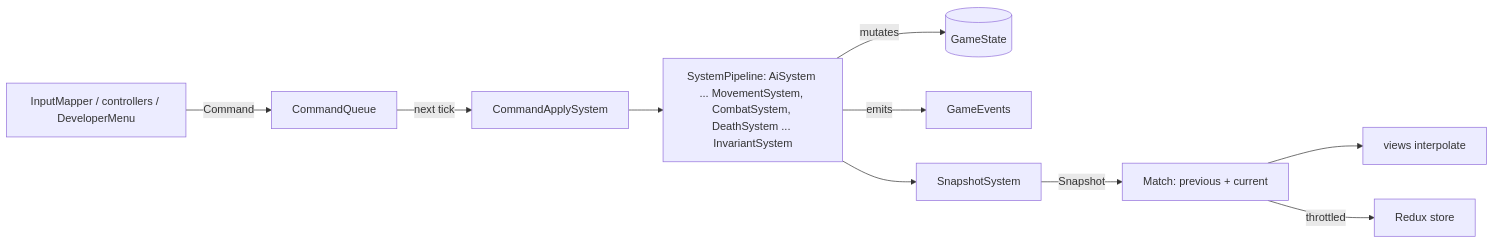
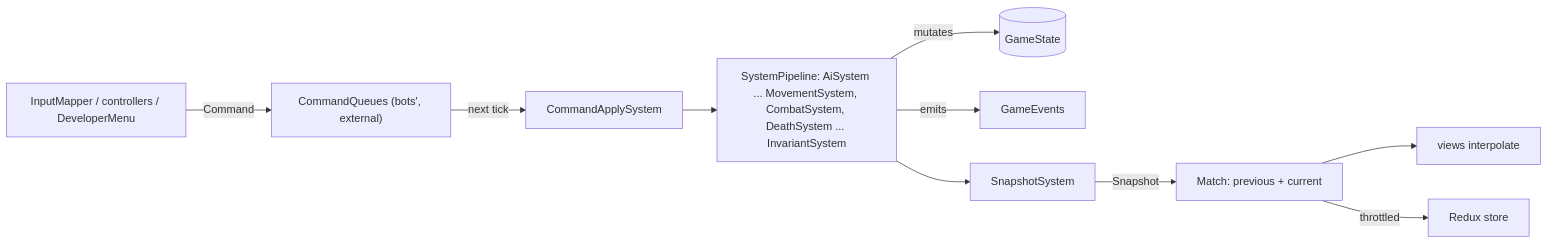
Before and after one commit to SamarjitBhogal/eternalus: the diagram in docs/architecture/03-game-model.md, drawn with Mermaid. The commit also changed 4 other files, not shown here.

````diff
--- a/docs/architecture/03-game-model.md
+++ b/docs/architecture/03-game-model.md
@@ -36,12 +36,12 @@
 ```mermaid
 flowchart LR
-  IN[InputMapper / controllers / DeveloperMenu] -->|Command| Q[CommandQueue]
+  IN[InputMapper / controllers / DeveloperMenu] -->|Command| Q["CommandQueues (bots', external)"]
   Q -->|next tick| APPLY[CommandApplySystem]
   APPLY --> SYS[SystemPipeline: AiSystem ... MovementSystem, CombatSystem, DeathSystem ... InvariantSystem]
   SYS -->|mutates| STATE[(GameState)]
   SYS -->|emits| EV[GameEvents]
   SYS --> SNAP[SnapshotSystem]
   SNAP -->|Snapshot| MATCH[Match: previous + current]
   MATCH --> VIEWS[views interpolate]
   MATCH -->|throttled| STORE[Redux store]
 ```
````
